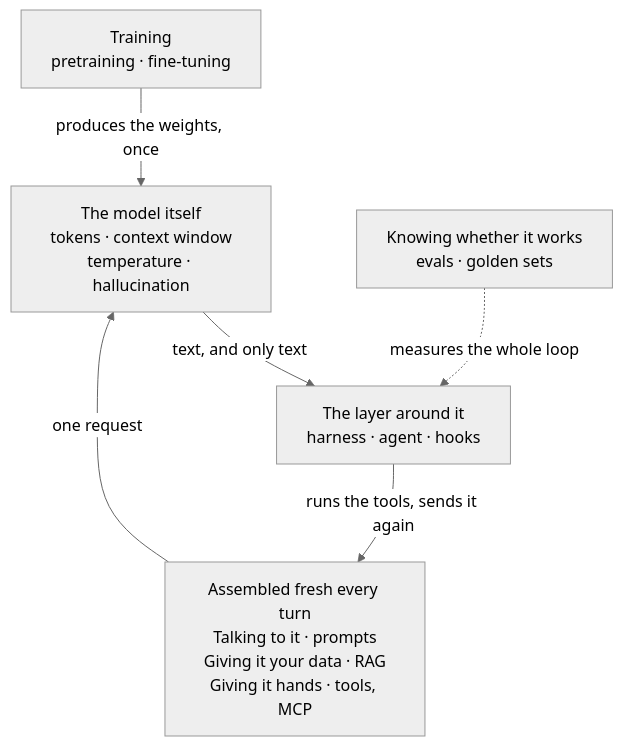
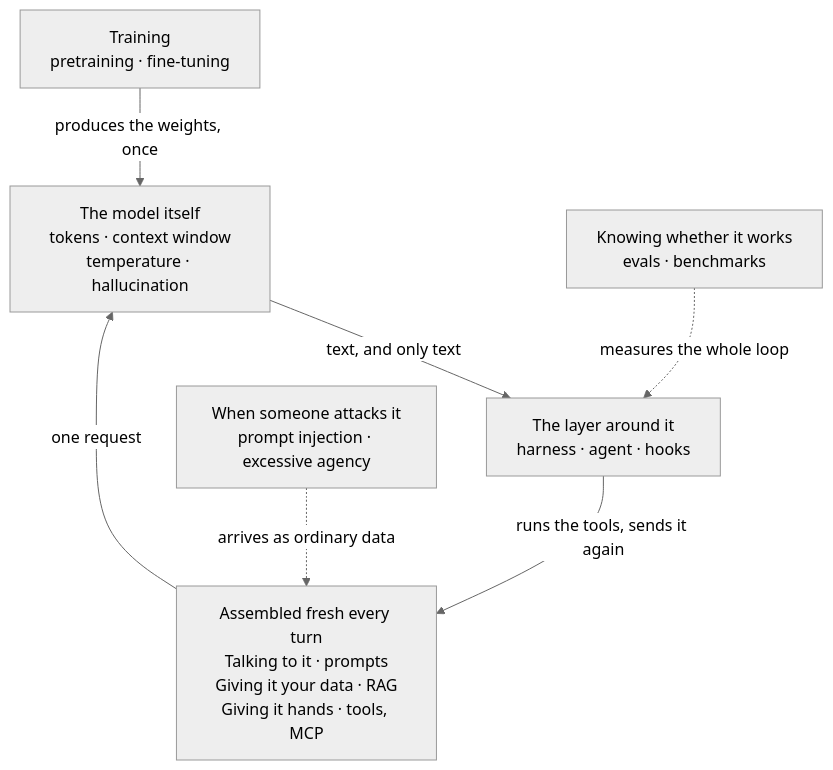
One commit to riddam/riddam.github.io changed the diagram in src/content/engineering/the-ai-vocabulary.md. Above: the diagram before and after it, drawn with Mermaid (neutral theme). The commit also changed other lines of this file and 1 other file, not shown here.

````diff
--- a/src/content/engineering/the-ai-vocabulary.md
+++ b/src/content/engineering/the-ai-vocabulary.md
@@ -49,14 +51,16 @@
 ```mermaid
 flowchart TD
   T["Training<br/>pretraining · fine-tuning"]
   R["Assembled fresh every turn<br/>Talking to it · prompts<br/>Giving it your data · RAG<br/>Giving it hands · tools, MCP"]
   M["The model itself<br/>tokens · context window<br/>temperature · hallucination"]
   L["The layer around it<br/>harness · agent · hooks"]
-  E["Knowing whether it works<br/>evals · golden sets"]
+  E["Knowing whether it works<br/>evals · benchmarks"]
+  A["When someone attacks it<br/>prompt injection · excessive agency"]
 
   T -- "produces the weights, once" --> M
   R -- "one request" --> M
   M -- "text, and only text" --> L
   L -- "runs the tools, sends it again" --> R
   E -. "measures the whole loop" .-> L
+  A -. "arrives as ordinary data" .-> R
 ```
````
